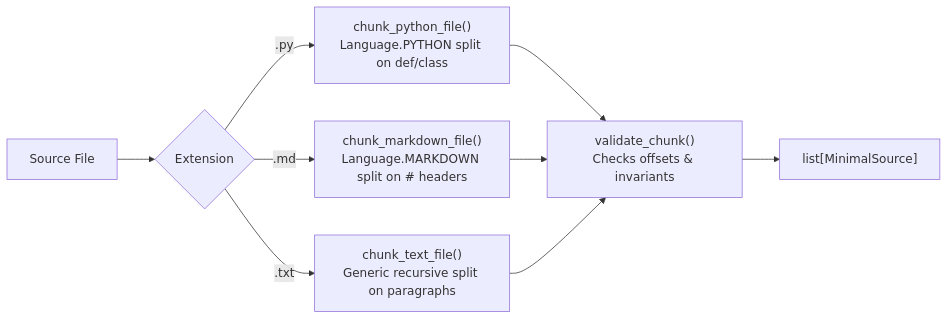
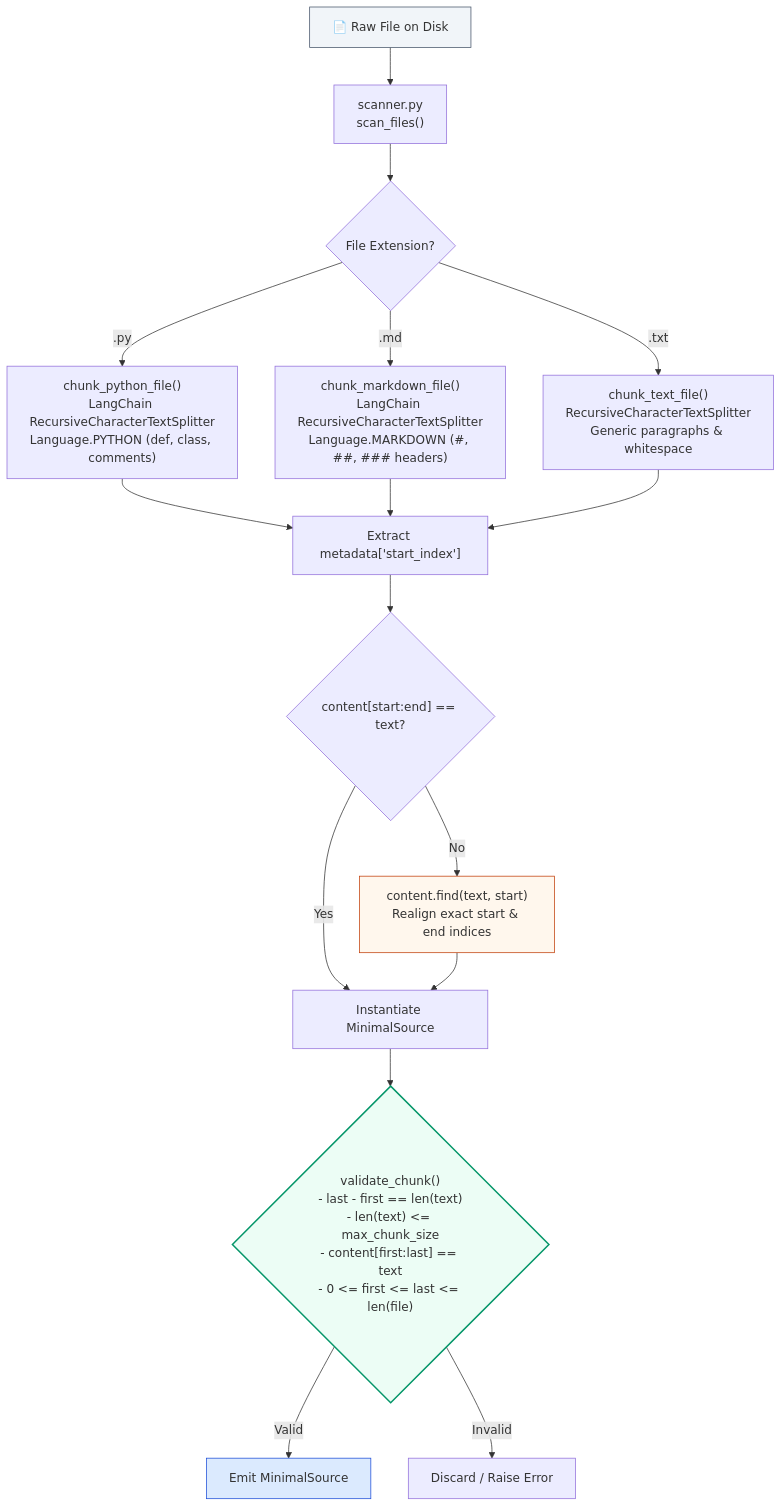
One commit to Yahyaoui7/42_RAG changed the third of 8 diagrams in docs/ARCHITECTURE.md. Above: the diagram before and after it, drawn with Mermaid. The commit also changed other lines of this file and 1 other file, not shown here.

Commit message:
add the architecture file to explain the project

````diff
--- a/docs/ARCHITECTURE.md
+++ b/docs/ARCHITECTURE.md
@@ -160,10 +210,26 @@
 ```mermaid
-flowchart LR
-    FILE["Source File"] --> SPLIT{"Extension"}
-    SPLIT -->|".py"| PY["chunk_python_file()\nLanguage.PYTHON split on def/class"]
-    SPLIT -->|".md"| MD["chunk_markdown_file()\nLanguage.MARKDOWN split on # headers"]
-    SPLIT -->|".txt"| TXT["chunk_text_file()\nGeneric recursive split on paragraphs"]
+flowchart TD
+    START["📄 Raw File on Disk"] --> SCAN["scanner.py\nscan_files()"]
+    SCAN --> ROUTE{"File Extension?"}
     
-    PY & MD & TXT --> VALID["validate_chunk()\nChecks offsets & invariants"]
-    VALID --> CHUNK["list[MinimalSource]"]
+    ROUTE -->|".py"| PY["chunk_python_file()\nLangChain RecursiveCharacterTextSplitter\nLanguage.PYTHON (def, class, comments)"]
+    ROUTE -->|".md"| MD["chunk_markdown_file()\nLangChain RecursiveCharacterTextSplitter\nLanguage.MARKDOWN (#, ##, ### headers)"]
+    ROUTE -->|".txt"| TXT["chunk_text_file()\nRecursiveCharacterTextSplitter\nGeneric paragraphs & whitespace"]
+
+    PY & MD & TXT --> METADATA["Extract metadata['start_index']"]
+    METADATA --> OFFSET_CHECK{"content[start:end] == text?"}
+    
+    OFFSET_CHECK -->|"Yes"| CHUNK_OBJ["Instantiate MinimalSource"]
+    OFFSET_CHECK -->|"No"| REPAIR["content.find(text, start)\nRealign exact start & end indices"]
+    REPAIR --> CHUNK_OBJ
+
+    CHUNK_OBJ --> VALIDATE{"validate_chunk()\n- last - first == len(text)\n- len(text) <= max_chunk_size\n- content[first:last] == text\n- 0 <= first <= last <= len(file)"}
+    
+    VALIDATE -->|"Valid"| OUT["Emit MinimalSource"]
+    VALIDATE -->|"Invalid"| DROP["Discard / Raise Error"]
+
+    style START fill:#f1f5f9,stroke:#475569
+    style VALIDATE fill:#ecfdf5,stroke:#059669,stroke-width:2px
+    style REPAIR fill:#fff7ed,stroke:#c2410c
+    style OUT fill:#dbeafe,stroke:#1d4ed8
 ```
````
